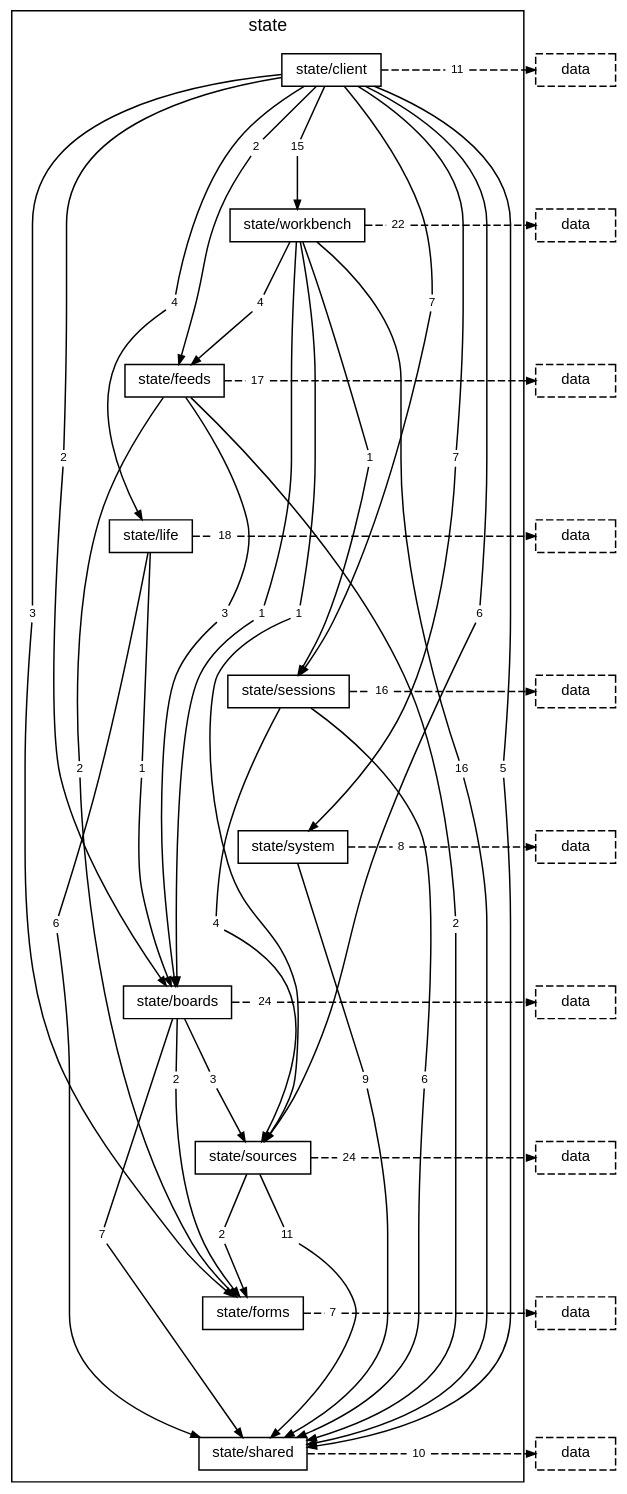
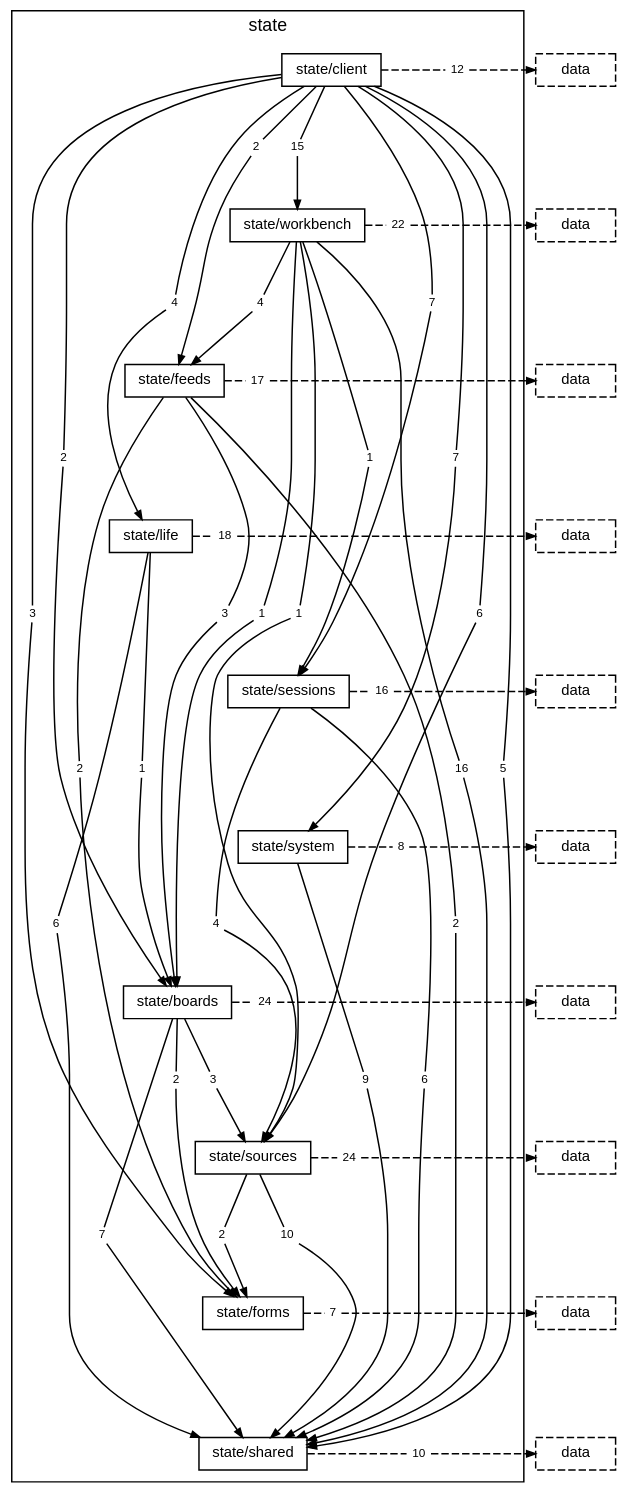
One commit to TheAxeC/oculus changed the diagram in docs/diagrams/layer-state.dot. Above: the diagram before and after it, drawn with Graphviz. The commit also changed 65 other files, not shown here.

```diff
--- a/docs/diagrams/layer-state.dot
+++ b/docs/diagrams/layer-state.dot
@@ -23,7 +23,7 @@
         "folder state/client to folder state/sources" [label="6", shape=box, color="transparent", fontsize=8, width=0, height=0, margin="0.04,0.02"];
         "folder state/client to folder state/system" [label="7", shape=box, color="transparent", fontsize=8, width=0, height=0, margin="0.04,0.02"];
         "folder state/client to folder state/workbench" [label="15", shape=box, color="transparent", fontsize=8, width=0, height=0, margin="0.04,0.02"];
-        "folder state/client to layer data" [label="11", shape=box, color="transparent", fontsize=8, width=0, height=0, margin="0.04,0.02"];
+        "folder state/client to layer data" [label="12", shape=box, color="transparent", fontsize=8, width=0, height=0, margin="0.04,0.02"];
         "folder state/workbench to folder state/boards" [label="1", shape=box, color="transparent", fontsize=8, width=0, height=0, margin="0.04,0.02"];
         "folder state/workbench to folder state/feeds" [label="4", shape=box, color="transparent", fontsize=8, width=0, height=0, margin="0.04,0.02"];
         "folder state/workbench to folder state/sessions" [label="1", shape=box, color="transparent", fontsize=8, width=0, height=0, margin="0.04,0.02"];
@@ -47,7 +47,7 @@
         "folder state/boards to folder state/sources" [label="3", shape=box, color="transparent", fontsize=8, width=0, height=0, margin="0.04,0.02"];
         "folder state/boards to layer data" [label="24", shape=box, color="transparent", fontsize=8, width=0, height=0, margin="0.04,0.02"];
         "folder state/sources to folder state/forms" [label="2", shape=box, color="transparent", fontsize=8, width=0, height=0, margin="0.04,0.02"];
-        "folder state/sources to folder state/shared" [label="11", shape=box, color="transparent", fontsize=8, width=0, height=0, margin="0.04,0.02"];
+        "folder state/sources to folder state/shared" [label="10", shape=box, color="transparent", fontsize=8, width=0, height=0, margin="0.04,0.02"];
         "folder state/sources to layer data" [label="24", shape=box, color="transparent", fontsize=8, width=0, height=0, margin="0.04,0.02"];
         "folder state/forms to layer data" [label="7", shape=box, color="transparent", fontsize=8, width=0, height=0, margin="0.04,0.02"];
         "folder state/shared to layer data" [label="10", shape=box, color="transparent", fontsize=8, width=0, height=0, margin="0.04,0.02"];
```
